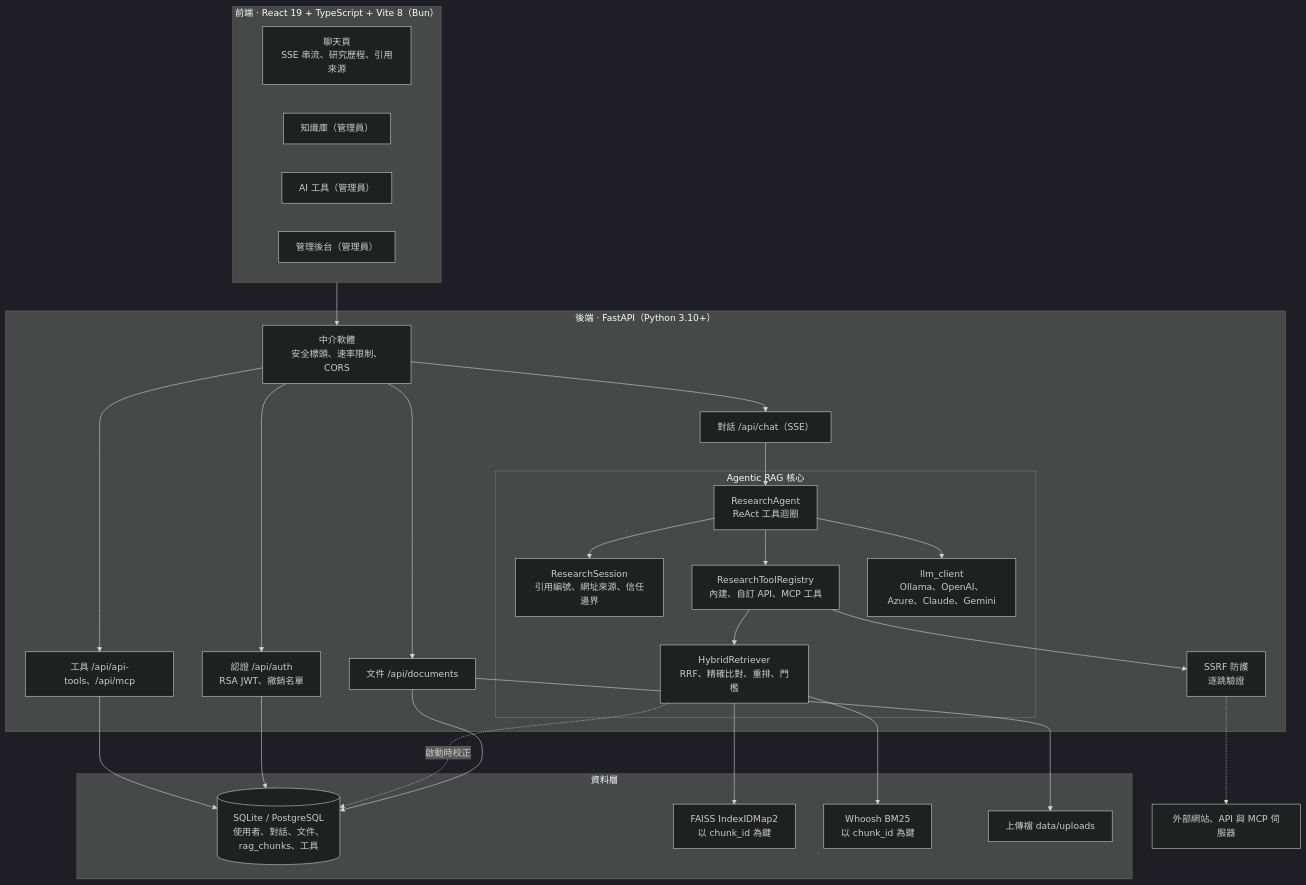
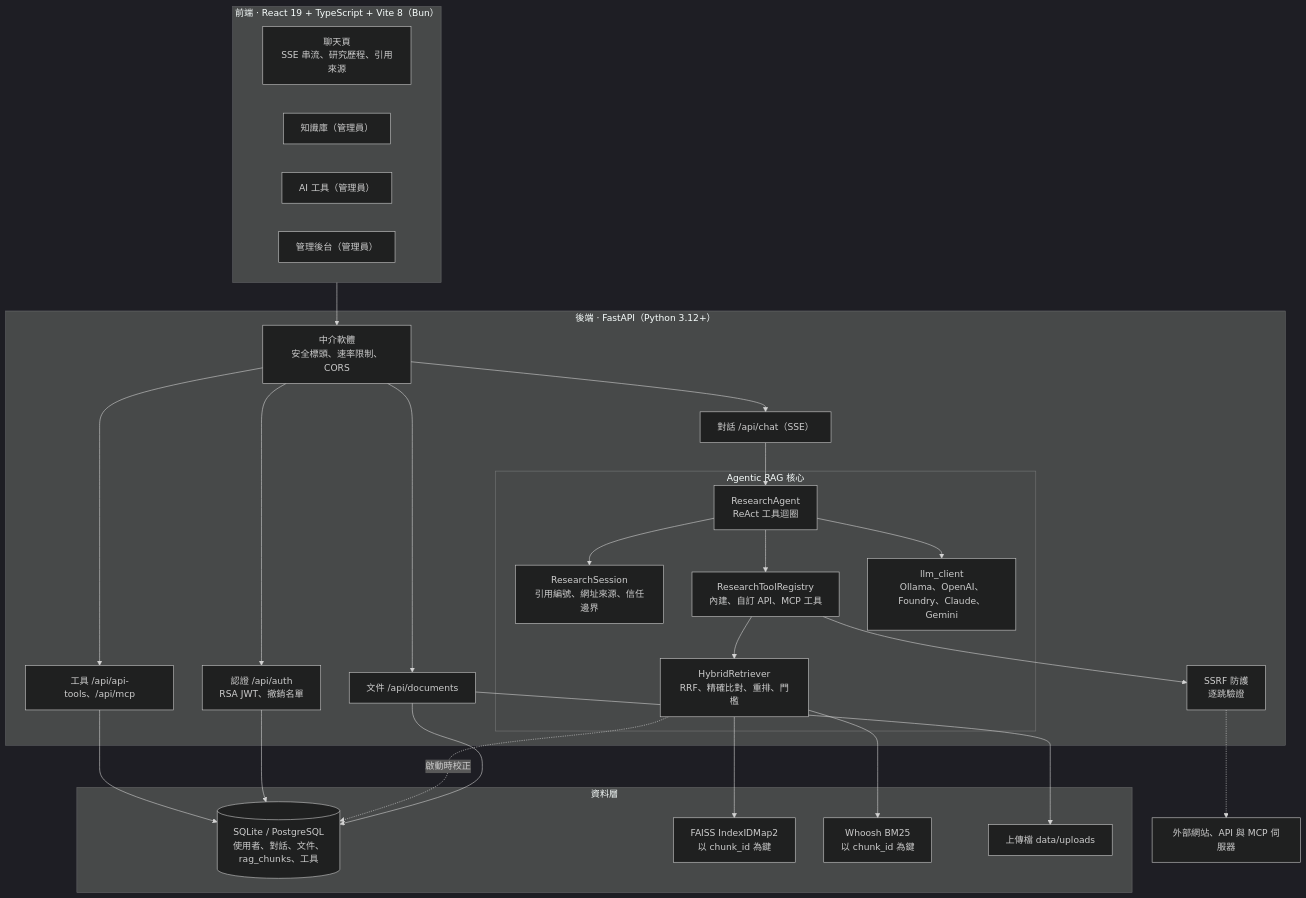
The second of 3 diagrams in README.md (Scorpio-meow/AskMiao), drawn with Mermaid (dark theme) before and after one commit. The commit also changed other lines of this file and 36 other files, not shown here.

````diff
--- a/README.md
+++ b/README.md
@@ -279,50 +279,50 @@
 ```mermaid
 flowchart TB
     subgraph Client ["前端 · React 19 + TypeScript + Vite 8（Bun）"]
         ChatUI["聊天頁<br/>SSE 串流、研究歷程、引用來源"]
         DocsUI["知識庫（管理員）"]
         ToolsUI["AI 工具（管理員）"]
         AdminUI["管理後台（管理員）"]
     end
 
-    subgraph Backend ["後端 · FastAPI（Python 3.10+）"]
+    subgraph Backend ["後端 · FastAPI（Python 3.12+）"]
         MW["中介軟體<br/>安全標頭、速率限制、CORS"]
         Auth["認證 /api/auth<br/>RSA JWT、撤銷名單"]
         ChatAPI["對話 /api/chat（SSE）"]
         DocAPI["文件 /api/documents"]
         ToolAPI["工具 /api/api-tools、/api/mcp"]
 
         subgraph Core ["Agentic RAG 核心"]
             Agent["ResearchAgent<br/>ReAct 工具迴圈"]
             Session["ResearchSession<br/>引用編號、網址來源、信任邊界"]
             Registry["ResearchToolRegistry<br/>內建、自訂 API、MCP 工具"]
             Retriever["HybridRetriever<br/>RRF、精確比對、重排、門檻"]
-            LLM["llm_client<br/>Ollama、OpenAI、Azure、Claude、Gemini"]
+            LLM["llm_client<br/>Ollama、OpenAI、Foundry、Claude、Gemini"]
         end
 
         SSRF["SSRF 防護<br/>逐跳驗證"]
     end
 
     subgraph Storage ["資料層"]
         DB[("SQLite / PostgreSQL<br/>使用者、對話、文件、rag_chunks、工具")]
         FAISS["FAISS IndexIDMap2<br/>以 chunk_id 為鍵"]
         BM25["Whoosh BM25<br/>以 chunk_id 為鍵"]
         Files["上傳檔 data/uploads"]
     end
 
     Client --> MW
     MW --> Auth & ChatAPI & DocAPI & ToolAPI
     ChatAPI --> Agent
     Agent --> Session
     Agent --> Registry
     Agent --> LLM
     Registry --> Retriever
     Registry --> SSRF
     SSRF -.-> Ext["外部網站、API 與 MCP 伺服器"]
     Retriever --> FAISS & BM25
     DocAPI --> Files
     DocAPI --> DB
     Retriever -.->|啟動時校正| DB
     Auth --> DB
     ToolAPI --> DB
 ```
````
